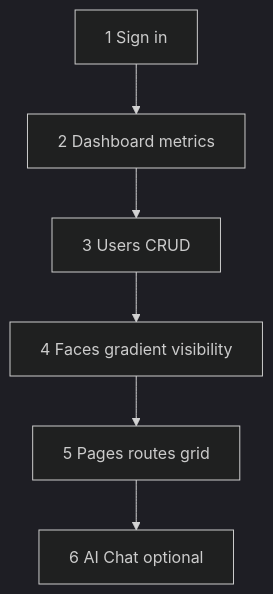
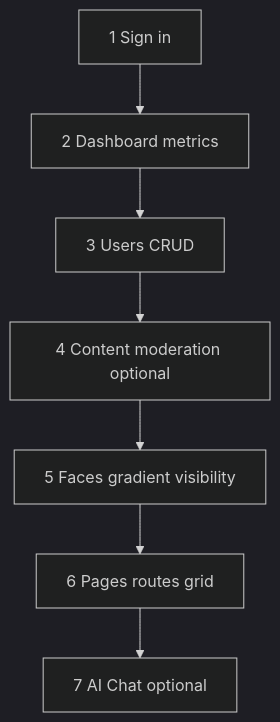
Before and after one commit to 01laky/mfai_demo: the fourth of 4 diagrams in docs/readmes/admin-demo-overview.md, drawn with Mermaid (dark theme). The commit also changed other lines of this file and 7 other files, not shown here.

````diff
--- a/docs/readmes/admin-demo-overview.md
+++ b/docs/readmes/admin-demo-overview.md
@@ -219,10 +237,11 @@
 ```mermaid
 flowchart TB
   W1[1 Sign in]
   W2[2 Dashboard metrics]
   W3[3 Users CRUD]
-  W4[4 Faces gradient visibility]
-  W5[5 Pages routes grid]
-  W6[6 AI Chat optional]
-  W1 --> W2 --> W3 --> W4 --> W5 --> W6
+  W4[4 Content moderation optional]
+  W5[5 Faces gradient visibility]
+  W6[6 Pages routes grid]
+  W7[7 AI Chat optional]
+  W1 --> W2 --> W3 --> W4 --> W5 --> W6 --> W7
 ```
````
